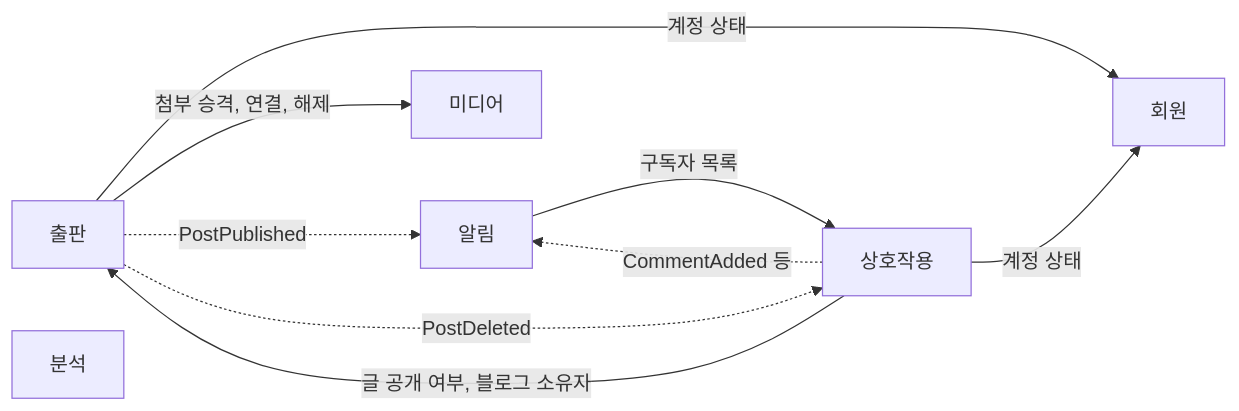
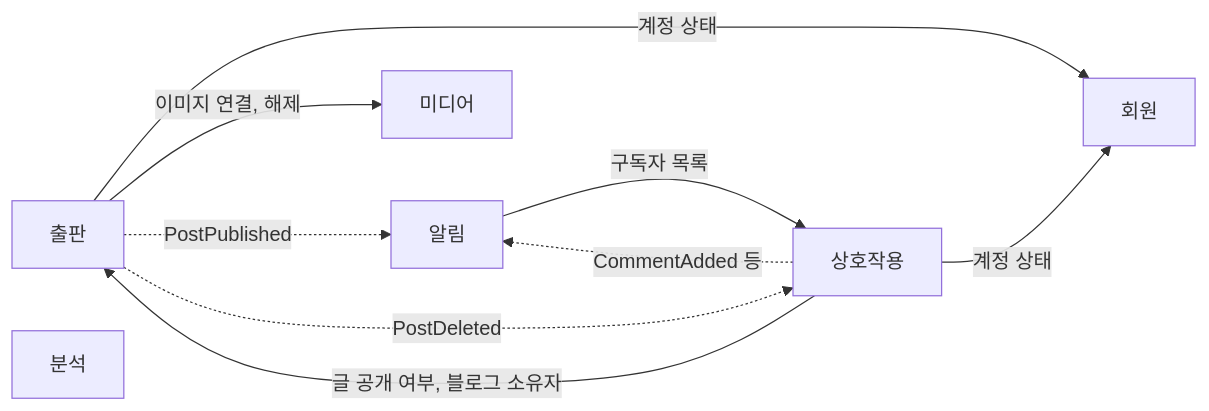
One commit to paranema/contentria changed the diagram in backend/docs/strategic/04-context-map.md. Above: the diagram before and after it, drawn with Mermaid. The commit also changed other lines of this file and 10 other files, not shown here.

````diff
--- a/backend/docs/strategic/04-context-map.md
+++ b/backend/docs/strategic/04-context-map.md
@@ -26,18 +26,18 @@
 ```mermaid
 flowchart LR
     member[회원]
     publishing[출판]
     interaction[상호작용]
     media[미디어]
     analytics[분석]
     notification[알림]
 
     publishing -->|계정 상태| member
     interaction -->|계정 상태| member
-    publishing -->|첨부 승격, 연결, 해제| media
+    publishing -->|이미지 연결, 해제| media
     interaction -->|글 공개 여부, 블로그 소유자| publishing
     notification -->|구독자 목록| interaction
     publishing -. PostPublished .-> notification
     publishing -. PostDeleted .-> interaction
     interaction -. CommentAdded 등 .-> notification
 ```
````
